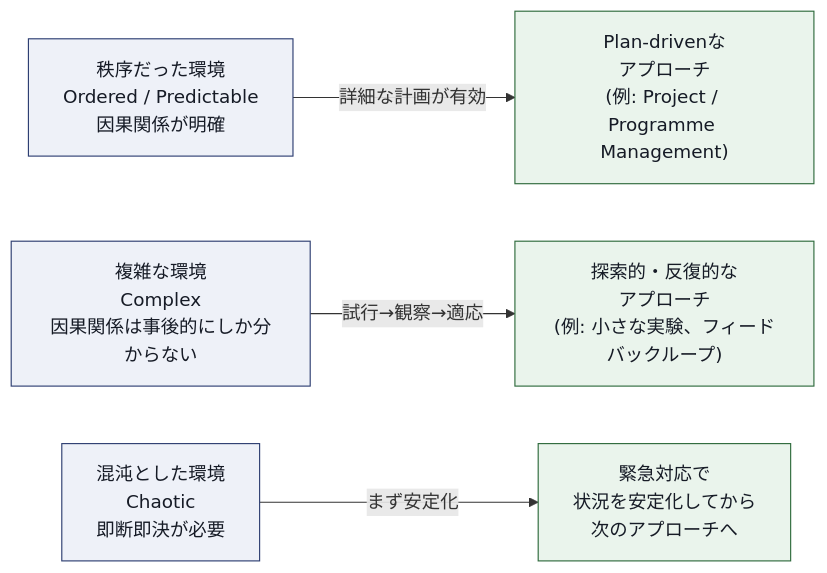
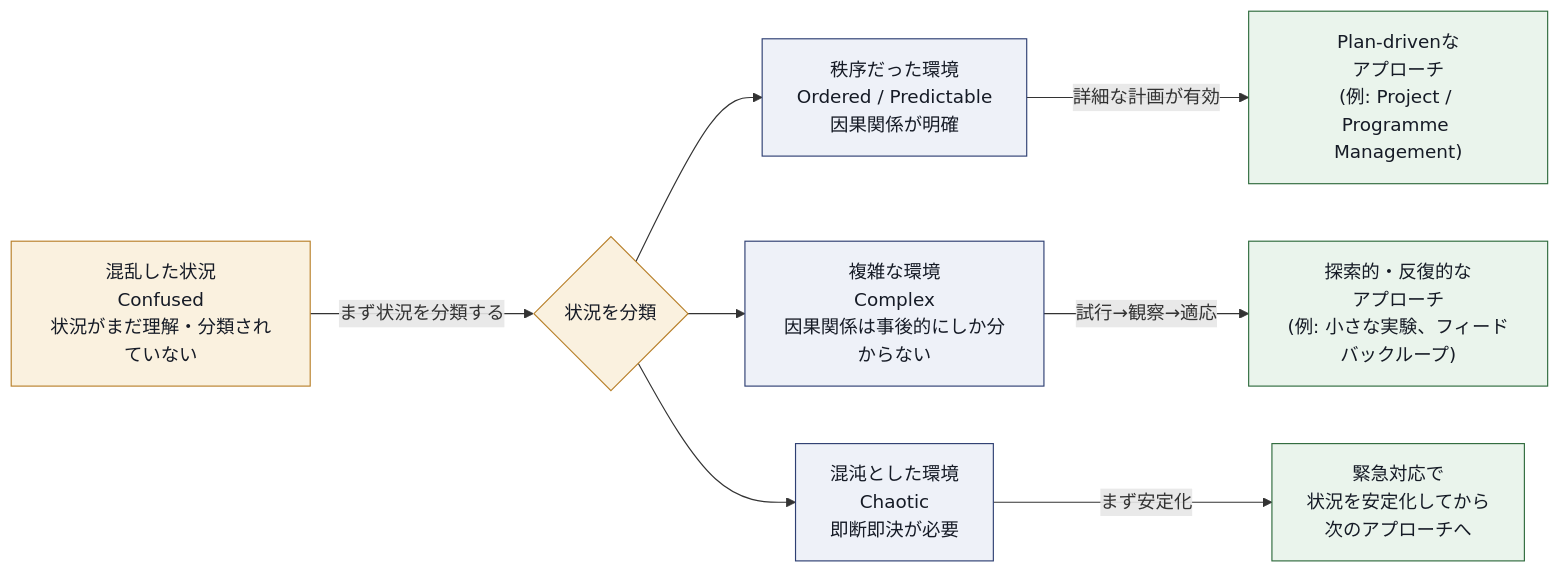
The fourth of 15 diagrams in Itil-transformation-v5-study-guide.md (myoshi2891/Management-Team-Building-Studies), drawn with Mermaid before and after one commit. The commit also changed other lines of this file, not shown here.

Commit message:
docs(itil): add confused state to complexity model in transformation guide

````diff
--- a/Itil-transformation-v5-study-guide.md
+++ b/Itil-transformation-v5-study-guide.md
@@ -232,11 +232,17 @@
 ```mermaid
 flowchart LR
-    O["秩序だった環境<br/>Ordered / Predictable<br/>因果関係が明確"] -->|詳細な計画が有効| P1["Plan-drivenな<br/>アプローチ<br/>(例: Project / Programme Management)"]
-    C["複雑な環境<br/>Complex<br/>因果関係は事後的にしか分からない"] -->|試行→観察→適応| P2["探索的・反復的な<br/>アプローチ<br/>(例: 小さな実験、フィードバックループ)"]
-    X["混沌とした環境<br/>Chaotic<br/>即断即決が必要"] -->|まず安定化| P3["緊急対応で<br/>状況を安定化してから<br/>次のアプローチへ"]
+    CN["混乱した状況<br/>Confused<br/>状況がまだ理解・分類されていない"] -->|まず状況を分類する| CL{"状況を分類"}
+    CL --> O["秩序だった環境<br/>Ordered / Predictable<br/>因果関係が明確"]
+    CL --> C["複雑な環境<br/>Complex<br/>因果関係は事後的にしか分からない"]
+    CL --> X["混沌とした環境<br/>Chaotic<br/>即断即決が必要"]
+    O -->|詳細な計画が有効| P1["Plan-drivenな<br/>アプローチ<br/>(例: Project / Programme Management)"]
+    C -->|試行→観察→適応| P2["探索的・反復的な<br/>アプローチ<br/>(例: 小さな実験、フィードバックループ)"]
+    X -->|まず安定化| P3["緊急対応で<br/>状況を安定化してから<br/>次のアプローチへ"]
 
     classDef box fill:#EEF1F8,stroke:#2E3F72,color:#161B26
     classDef done fill:#EAF4EC,stroke:#2F6B3D,color:#161B26
+    classDef confused fill:#FAF1DF,stroke:#B8802A,color:#161B26
     class O,C,X box
     class P1,P2,P3 done
+    class CN,CL confused
 ```
````
